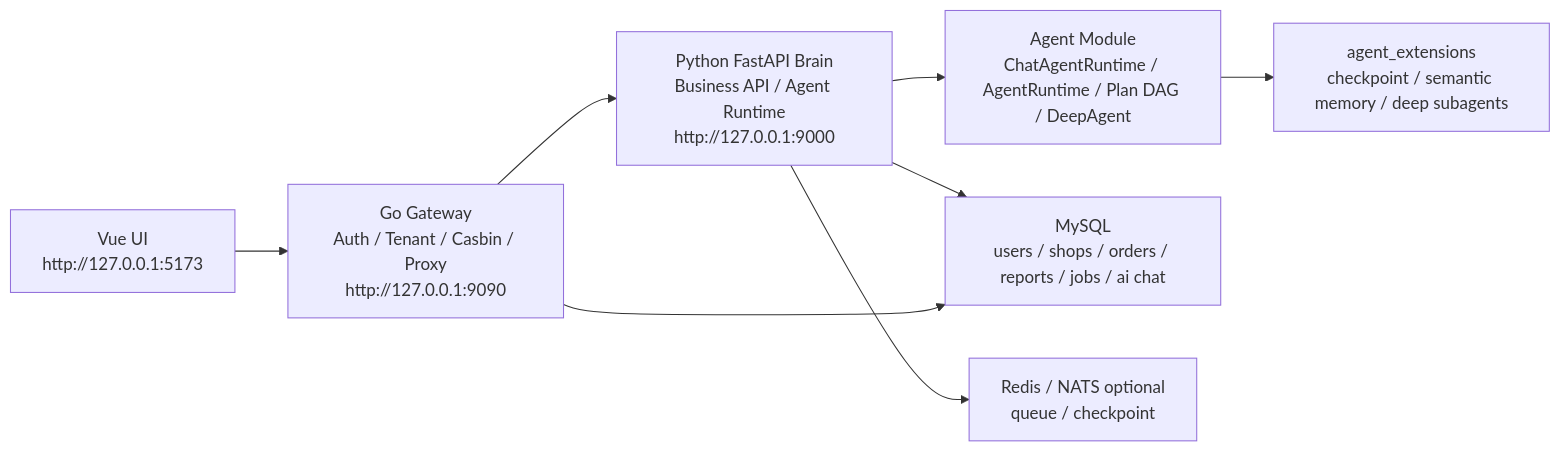
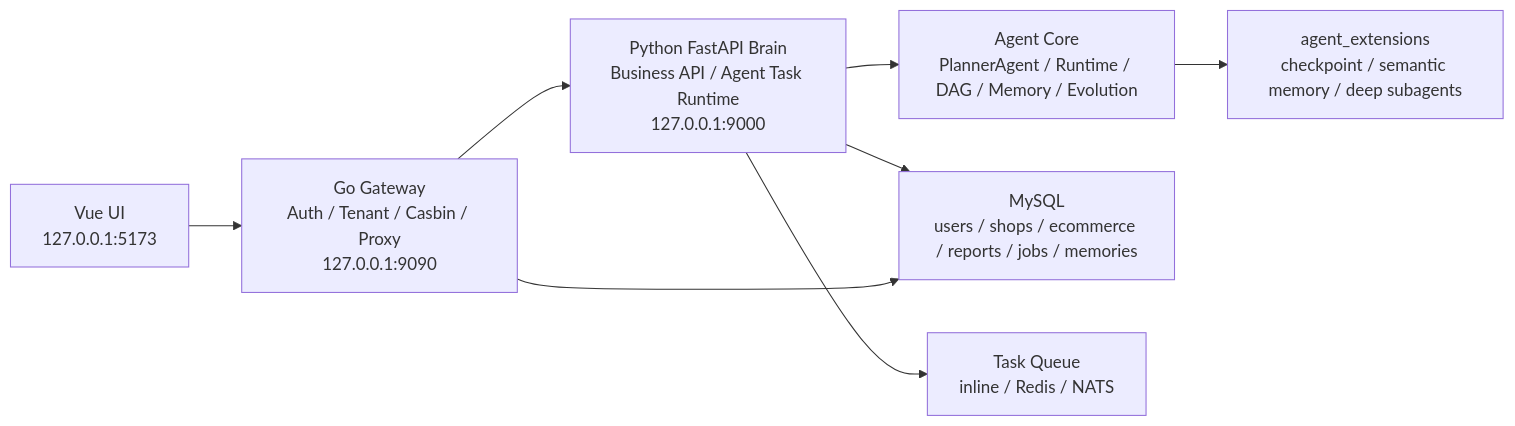
Before and after one commit to lbk119/EcommerceAgent: the first of 6 diagrams in README.md, drawn with Mermaid. The commit also changed other lines of this file and 48 other files, not shown here.

Commit message:
feat: add planner agent architecture docs

````diff
--- a/README.md
+++ b/README.md
@@ -15,10 +15,10 @@
 ```mermaid
 flowchart LR
-  U["Vue UI<br/>http://127.0.0.1:5173"] --> G["Go Gateway<br/>Auth / Tenant / Casbin / Proxy<br/>http://127.0.0.1:9090"]
-  G --> B["Python FastAPI Brain<br/>Business API / Agent Runtime<br/>http://127.0.0.1:9000"]
-  B --> A["Agent Module<br/>ChatAgentRuntime / AgentRuntime / Plan DAG / DeepAgent"]
-  B --> M["MySQL<br/>users / shops / orders / reports / jobs / ai chat"]
-  B --> R["Redis / NATS optional<br/>queue / checkpoint"]
-  A --> X["agent_extensions<br/>checkpoint / semantic memory / deep subagents"]
-  G --> M
+  UI["Vue UI<br/>127.0.0.1:5173"] --> GW["Go Gateway<br/>Auth / Tenant / Casbin / Proxy<br/>127.0.0.1:9090"]
+  GW --> Brain["Python FastAPI Brain<br/>Business API / Agent Task Runtime<br/>127.0.0.1:9000"]
+  Brain --> Agent["Agent Core<br/>PlannerAgent / Runtime / DAG / Memory / Evolution"]
+  Brain --> DB["MySQL<br/>users / shops / ecommerce / reports / jobs / memories"]
+  Brain --> Queue["Task Queue<br/>inline / Redis / NATS"]
+  Agent --> Ext["agent_extensions<br/>checkpoint / semantic memory / deep subagents"]
+  GW --> DB
 ```
````
